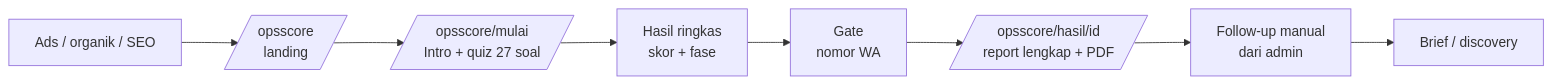
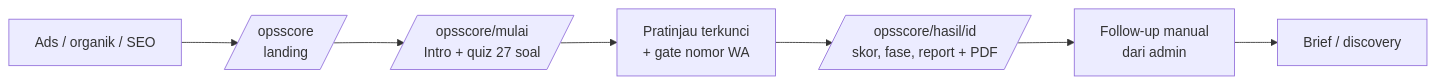
Before and after one commit to mwafiudin/coderoach: the diagram in docs/opsscore-brief.md, drawn with Mermaid. The commit also changed other lines of this file and 9 other files, not shown here.

````diff
--- a/docs/opsscore-brief.md
+++ b/docs/opsscore-brief.md
@@ -63,10 +67,9 @@
 ```mermaid
 flowchart LR
   A[Ads / organik / SEO] --> B[/opsscore<br/>landing/]
   B --> C[/opsscore/mulai<br/>Intro + quiz 27 soal/]
-  C --> D[Hasil ringkas<br/>skor + fase]
-  D --> E[Gate<br/>nomor WA]
-  E --> F[/opsscore/hasil/id<br/>report lengkap + PDF/]
+  C --> D[Pratinjau terkunci<br/>+ gate nomor WA]
+  D --> F[/opsscore/hasil/id<br/>skor, fase, report + PDF/]
   F --> G[Follow-up manual<br/>dari admin]
   G --> H[Brief / discovery]
 ```
````
